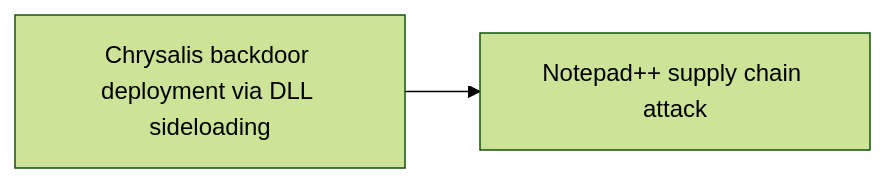
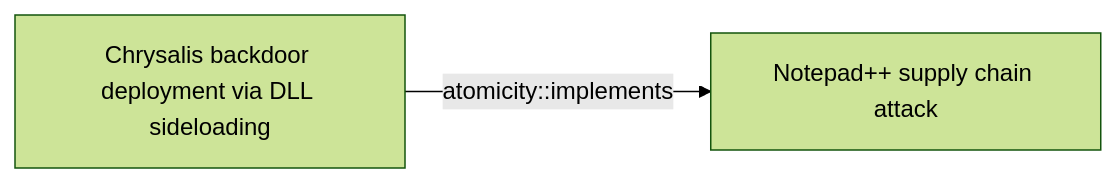
The first of 2 diagrams in docs/threats/chrysalis-backdoor-deployment-via-dll-sideloading.md (opentidehq/library), drawn with Mermaid (forest theme) before and after one commit. The commit also changed other lines of this file and 277 other files, not shown here.

````diff
--- a/docs/threats/chrysalis-backdoor-deployment-via-dll-sideloading.md
+++ b/docs/threats/chrysalis-backdoor-deployment-via-dll-sideloading.md
@@ -297,6 +330,6 @@
 ```mermaid
 flowchart LR
 bc95c747_ede2_4c16_a6b4_506b305e744a["Chrysalis backdoor deployment via DLL sideloading"]
 8b7cae6f_b6cf_4414_9cdc_fe8c8ee7ee22["Notepad++ supply chain attack"]
-bc95c747_ede2_4c16_a6b4_506b305e744a --> 8b7cae6f_b6cf_4414_9cdc_fe8c8ee7ee22
+bc95c747_ede2_4c16_a6b4_506b305e744a -->|atomicity::implements| 8b7cae6f_b6cf_4414_9cdc_fe8c8ee7ee22
 ```
````
